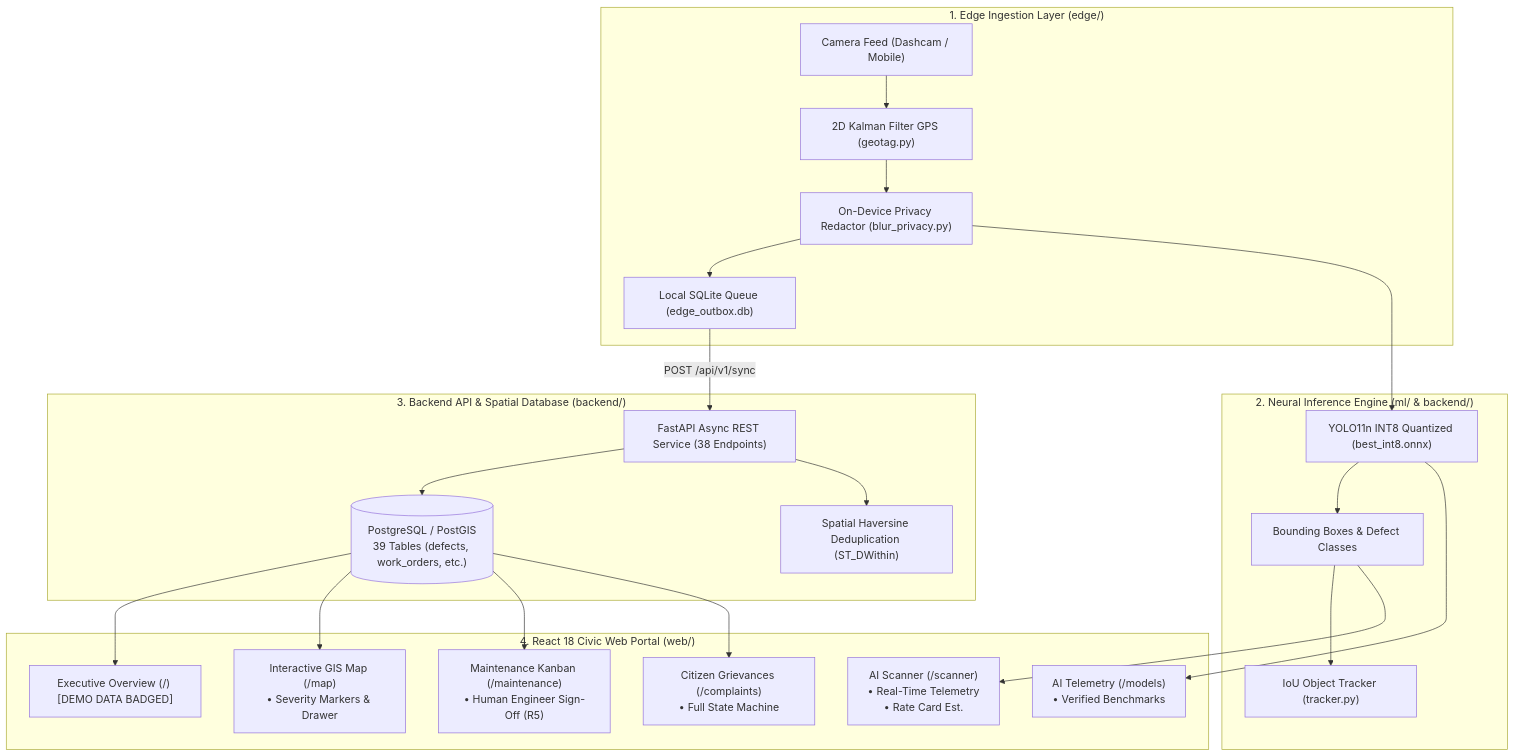
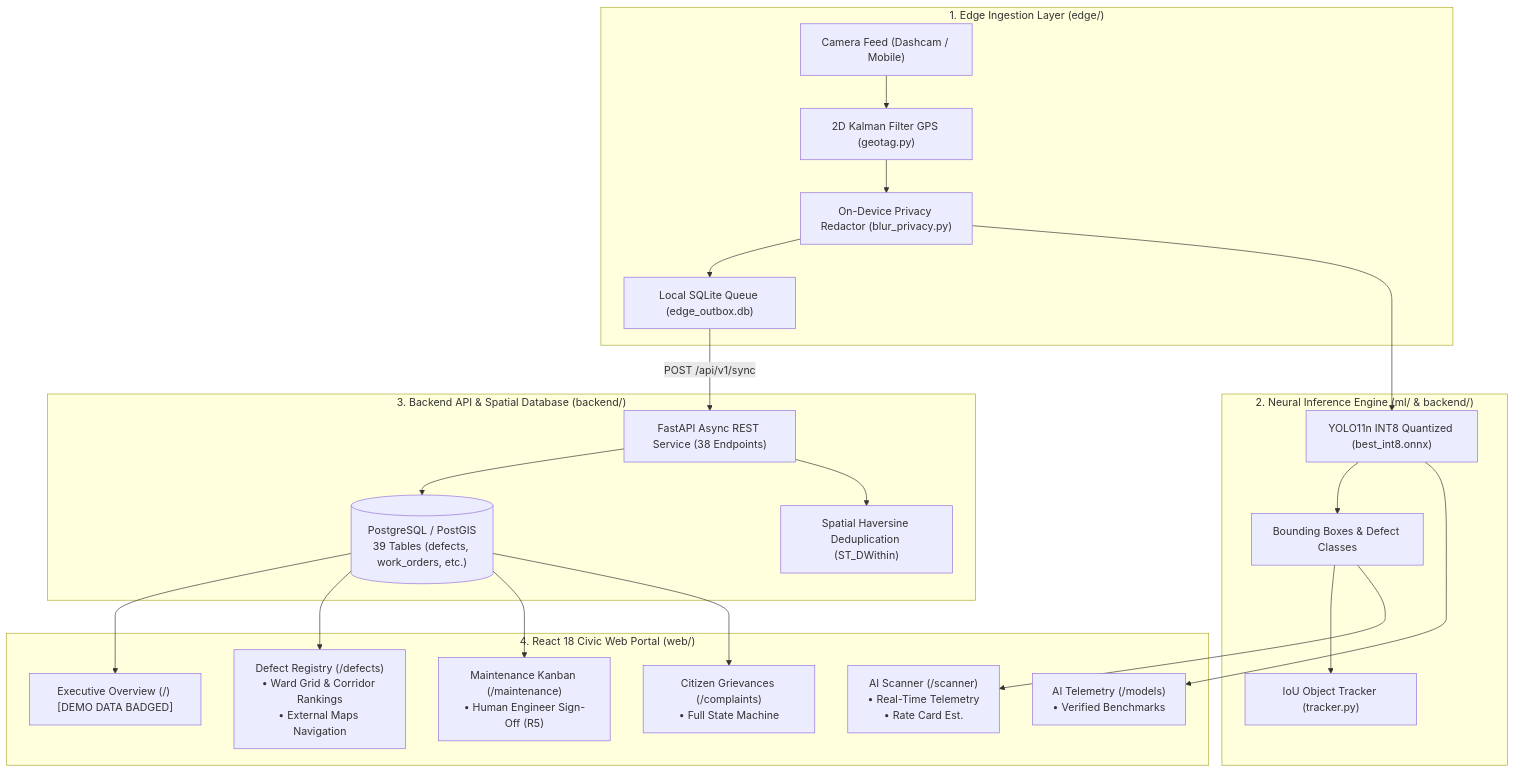
The diagram in README.md (Priya-Ranjan-0201/potholes), drawn with Mermaid before and after one commit. The commit also changed other lines of this file and 44 other files, not shown here.

Commit message:
feat(cleanup): complete Phase 1 remove map completely, add Ward Hotspot Grid and Top Corridors

````diff
--- a/README.md
+++ b/README.md
@@ -54,32 +54,32 @@
 ```mermaid
 flowchart TD
     subgraph EdgeCapture["1. Edge Ingestion Layer (edge/)"]
         Dashcam["Camera Feed (Dashcam / Mobile)"]
         Geotag["2D Kalman Filter GPS (geotag.py)"]
         PrivacyShield["On-Device Privacy Redactor (blur_privacy.py)"]
         Outbox["Local SQLite Queue (edge_outbox.db)"]
         
         Dashcam --> Geotag --> PrivacyShield --> Outbox
     end
 
     subgraph NeuralEngine["2. Neural Inference Engine (ml/ & backend/)"]
         PrivacyShield --> YOLO["YOLO11n INT8 Quantized (best_int8.onnx)"]
         YOLO --> Detections["Bounding Boxes & Defect Classes"]
         Detections --> IoUTracker["IoU Object Tracker (tracker.py)"]
     end
 
     subgraph GovernanceCore["3. Backend API & Spatial Database (backend/)"]
         Outbox -->|POST /api/v1/sync| API["FastAPI Async REST Service (38 Endpoints)"]
         API --> DB[("PostgreSQL / PostGIS\n39 Tables (defects, work_orders, etc.)")]
         API --> Deduplication["Spatial Haversine Deduplication (ST_DWithin)"]
     end
 
     subgraph WebPortal["4. React 18 Civic Web Portal (web/)"]
         DB --> Dashboard["Executive Overview (/) [DEMO DATA BADGED]"]
         Detections --> Scanner["AI Scanner (/scanner)\n• Real-Time Telemetry\n• Rate Card Est."]
-        DB --> GISMap["Interactive GIS Map (/map)\n• Severity Markers & Drawer"]
+        DB --> DefectReg["Defect Registry (/defects)\n• Ward Grid & Corridor Rankings\n• External Maps Navigation"]
         DB --> Kanban["Maintenance Kanban (/maintenance)\n• Human Engineer Sign-Off (R5)"]
         DB --> Grievance["Citizen Grievances (/complaints)\n• Full State Machine"]
         YOLO --> Models["AI Telemetry (/models)\n• Verified Benchmarks"]
     end
 ```
````
